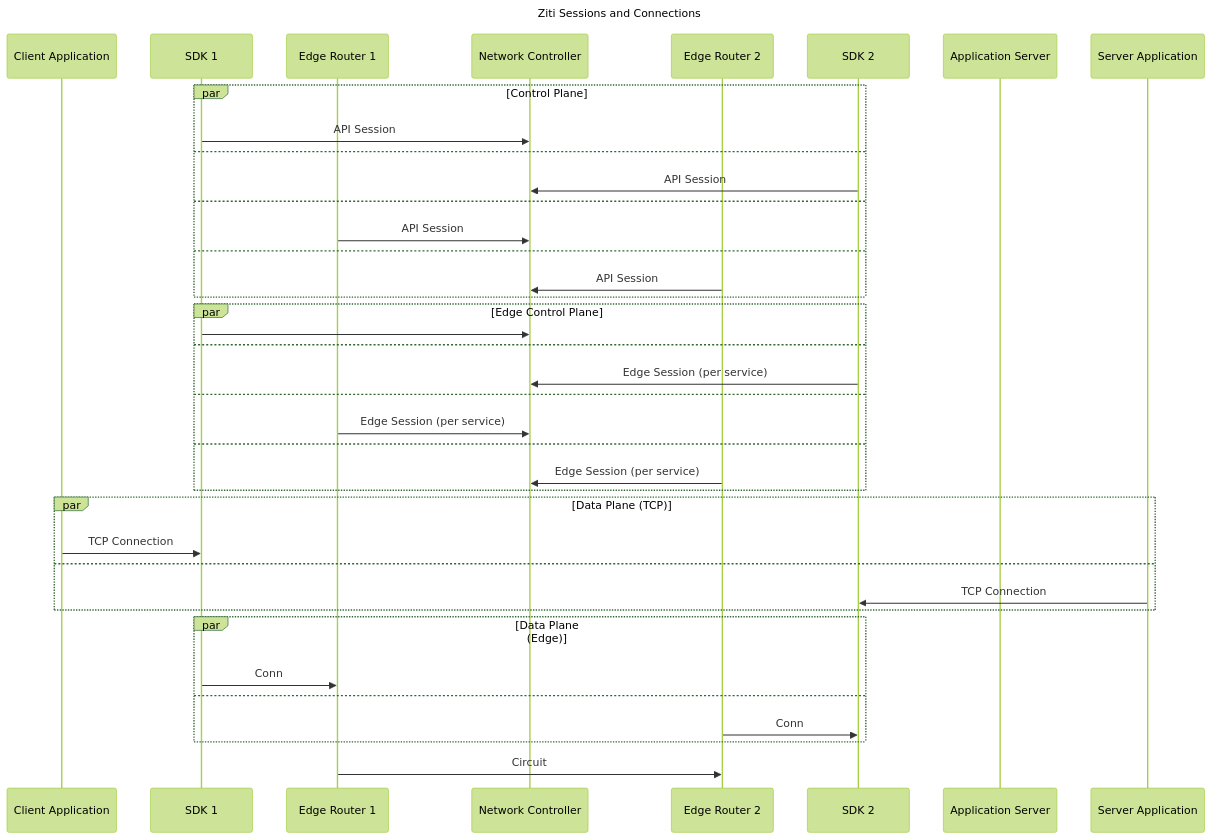
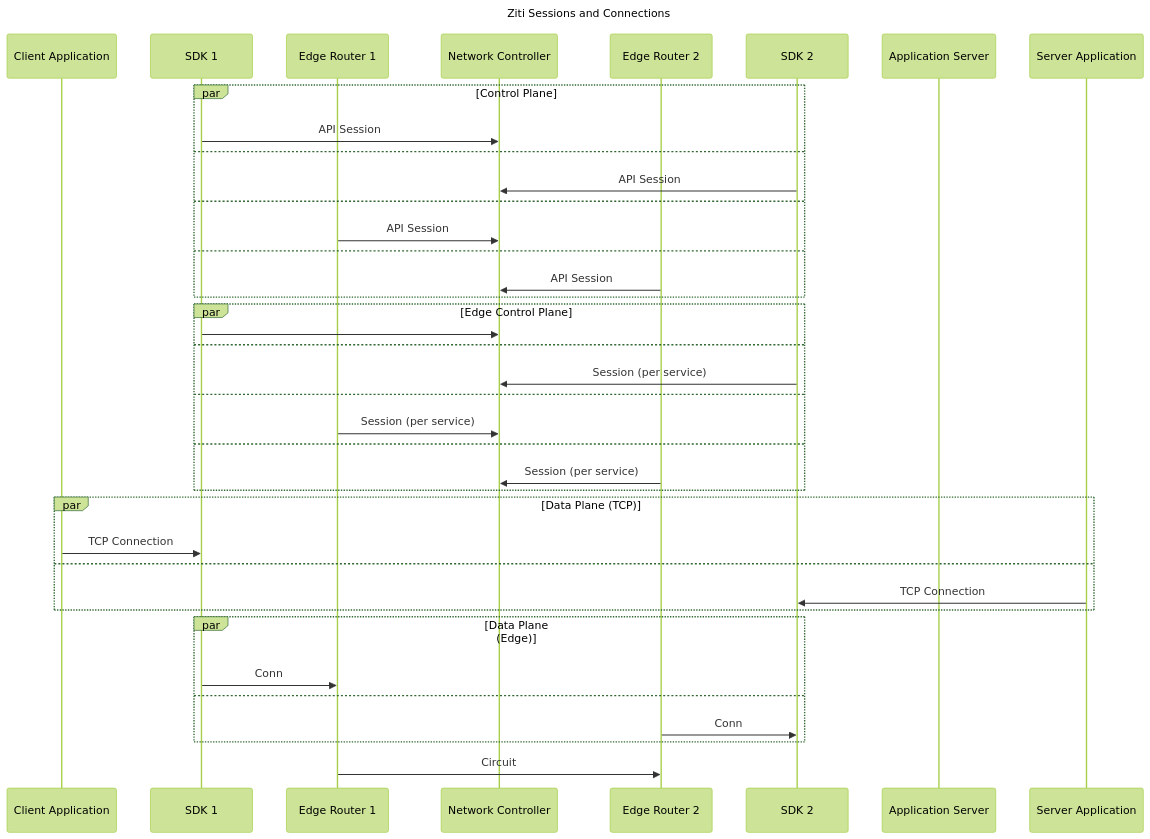
The diagram in docusaurus/docs/learn/core-concepts/security/SessionsAndConnections.md (openziti/ziti-doc), drawn with Mermaid (forest theme) before and after one commit. The commit also changed other lines of this file and 13 other files, not shown here.

````diff
--- a/docusaurus/docs/learn/core-concepts/security/SessionsAndConnections.md
+++ b/docusaurus/docs/learn/core-concepts/security/SessionsAndConnections.md
@@ -9,46 +9,46 @@
 ```mermaid
 sequenceDiagram
 title Ziti Sessions and Connections
 
 participant Client Application
 participant SDK 1
 participant Edge Router 1
 participant Network Controller
 participant Edge Router 2
 participant SDK 2
 participant Application Server
 
 par Control Plane
 	SDK 1 ->> Network Controller: API Session
 and 
 	SDK 2 ->>Network Controller: API Session
 and 
 	Edge Router 1 ->> Network Controller: API Session
 and 
 	Edge Router 2 ->> Network Controller: API Session
 end
 
 par Edge Control Plane
 	SDK 1 ->> Network Controller: 
 and 
-	SDK 2 ->>Network Controller: Edge Session (per service)
+	SDK 2 ->>Network Controller: Session (per service)
 and 
-	Edge Router 1 ->> Network Controller: Edge Session (per service)
+	Edge Router 1 ->> Network Controller: Session (per service)
 and 
-	Edge Router 2 ->> Network Controller: Edge Session (per service)
+	Edge Router 2 ->> Network Controller: Session (per service)
 end
 
 par Data Plane (TCP)
 	Client Application ->> SDK 1 : TCP Connection
 and
 	Server Application ->> SDK 2 : TCP Connection
 end
 
 par Data Plane (Edge)
 	SDK 1 ->> Edge Router 1: Conn
 and 
 	Edge Router 2 ->> SDK 2: Conn
 end
 
 Edge Router 1 ->> Edge Router 2: Circuit
 ```
````
